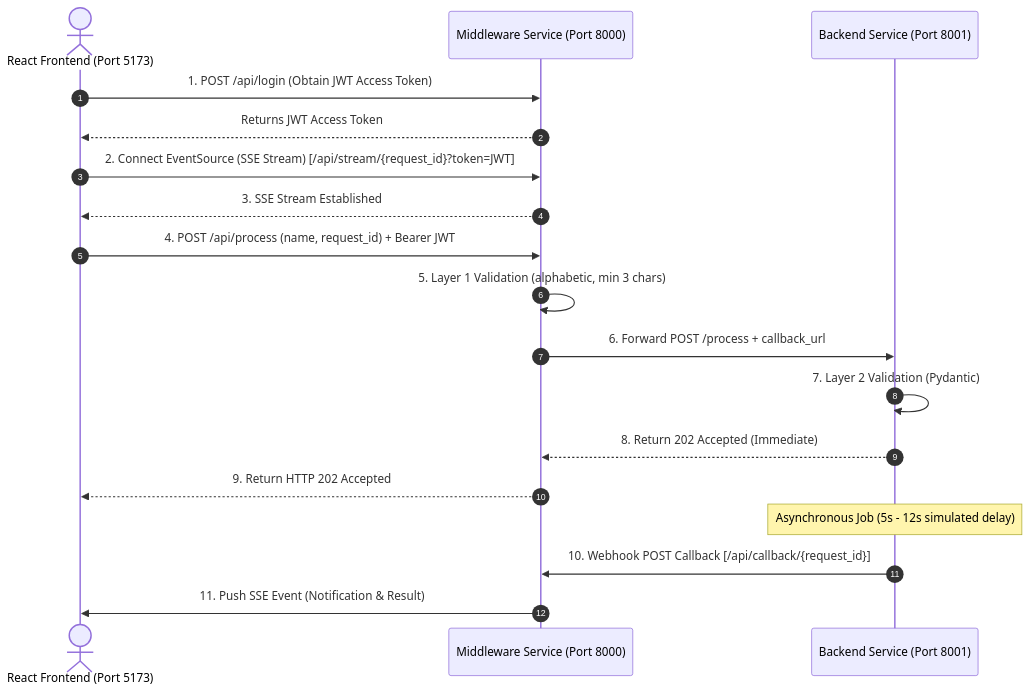
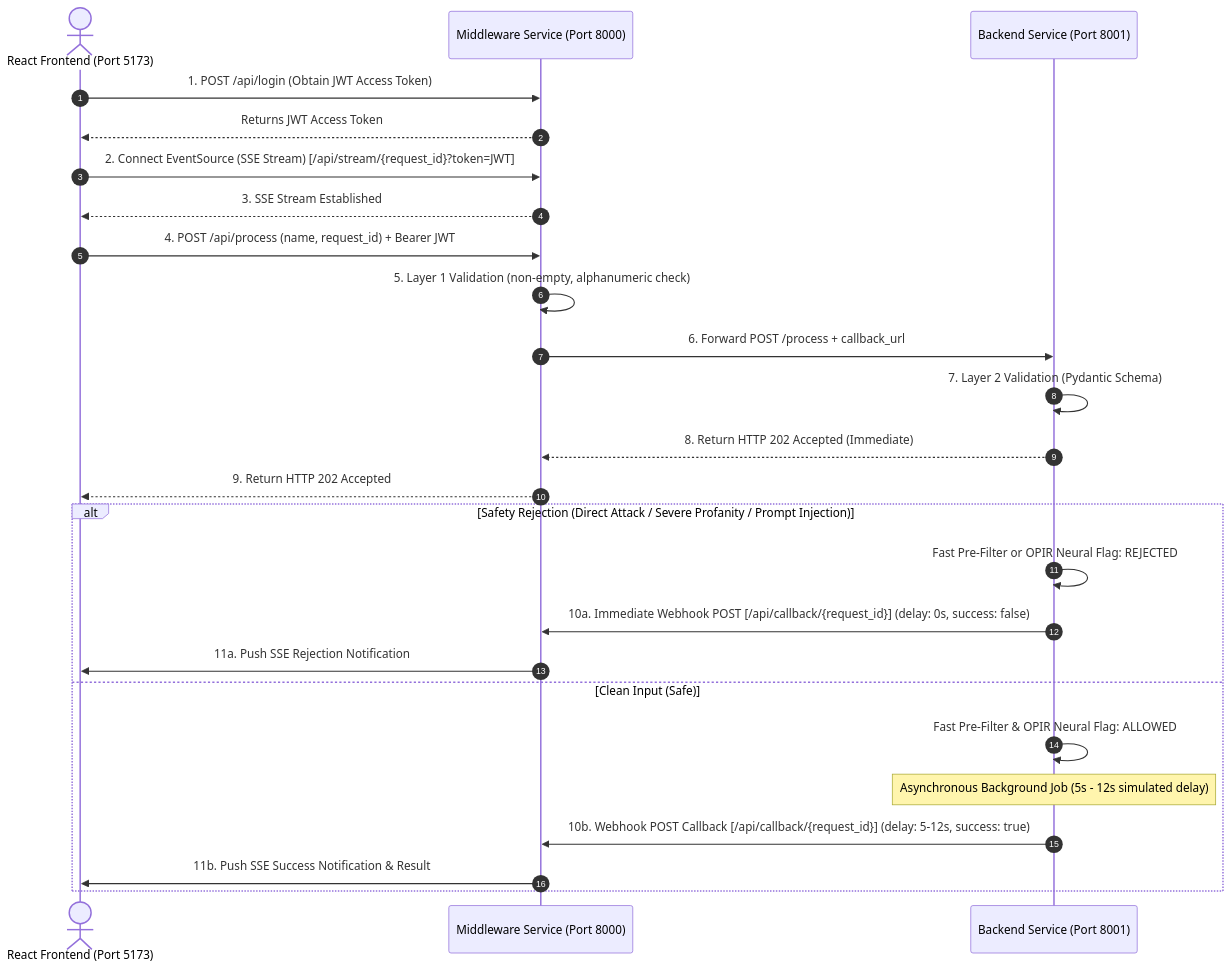
One commit to Chandanaa18/3-tier-architecture changed the second of 2 diagrams in README.md. Above: the diagram before and after it, drawn with Mermaid. The commit also changed other lines of this file and 10 other files, not shown here.

Commit message:
toxicity and prompt injection testing

````diff
--- a/README.md
+++ b/README.md
@@ -50,21 +51,29 @@
 ```mermaid
 sequenceDiagram
     autonumber
     actor User as React Frontend (Port 5173)
     participant MW as Middleware Service (Port 8000)
     participant BE as Backend Service (Port 8001)
 
     User->>MW: 1. POST /api/login (Obtain JWT Access Token)
     MW-->>User: Returns JWT Access Token
     User->>MW: 2. Connect EventSource (SSE Stream) [/api/stream/{request_id}?token=JWT]
     MW-->>User: 3. SSE Stream Established
     User->>MW: 4. POST /api/process (name, request_id) + Bearer JWT
-    MW->>MW: 5. Layer 1 Validation (alphabetic, min 3 chars)
+    MW->>MW: 5. Layer 1 Validation (non-empty, alphanumeric check)
     MW->>BE: 6. Forward POST /process + callback_url
-    BE->>BE: 7. Layer 2 Validation (Pydantic)
-    BE-->>MW: 8. Return 202 Accepted (Immediate)
+    BE->>BE: 7. Layer 2 Validation (Pydantic Schema)
+    BE-->>MW: 8. Return HTTP 202 Accepted (Immediate)
     MW-->>User: 9. Return HTTP 202 Accepted
-    Note over BE: Asynchronous Job (5s - 12s simulated delay)
-    BE->>MW: 10. Webhook POST Callback [/api/callback/{request_id}]
-    MW->>User: 11. Push SSE Event (Notification & Result)
+    
+    alt Safety Rejection (Direct Attack / Severe Profanity / Prompt Injection)
+        BE->>BE: Fast Pre-Filter or OPIR Neural Flag: REJECTED
+        BE->>MW: 10a. Immediate Webhook POST [/api/callback/{request_id}] (delay: 0s, success: false)
+        MW->>User: 11a. Push SSE Rejection Notification
+    else Clean Input (Safe)
+        BE->>BE: Fast Pre-Filter & OPIR Neural Flag: ALLOWED
+        Note over BE: Asynchronous Background Job (5s - 12s simulated delay)
+        BE->>MW: 10b. Webhook POST Callback [/api/callback/{request_id}] (delay: 5-12s, success: true)
+        MW->>User: 11b. Push SSE Success Notification & Result
+    end
 ```
````
